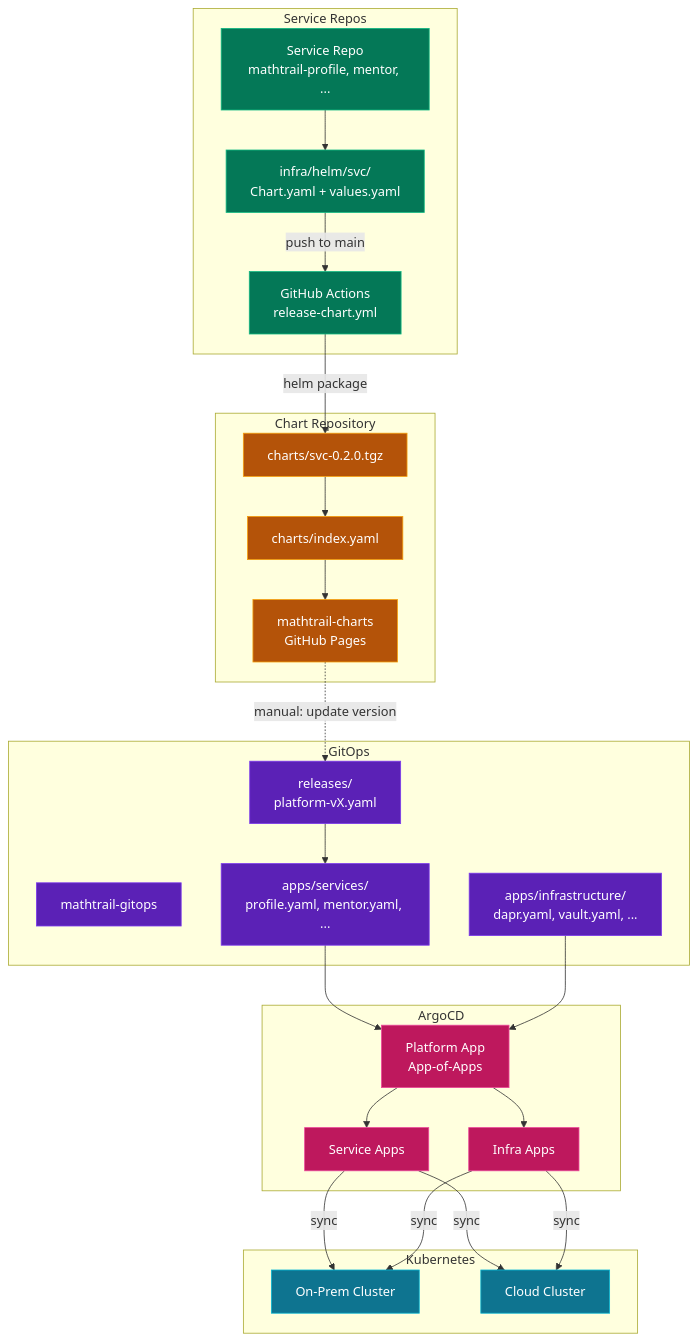
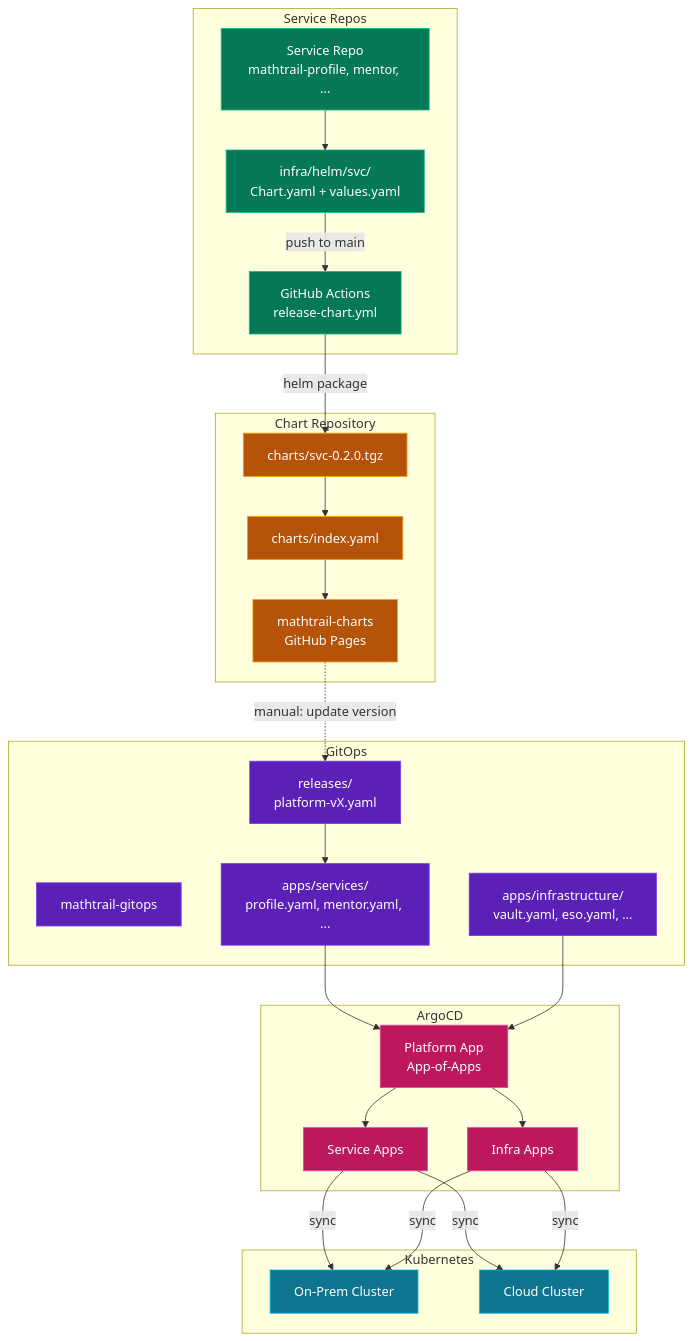
The first of 3 diagrams in docs/architecture/deployment.md (MathTrail/core), drawn with Mermaid before and after one commit. The commit also changed other lines of this file and 10 other files, not shown here.

````diff
--- a/docs/architecture/deployment.md
+++ b/docs/architecture/deployment.md
@@ -5,62 +5,62 @@
 ```mermaid
 graph TD
     subgraph Service Repos
         SR[Service Repo<br/>mathtrail-profile, mentor, ...]
         SH[infra/helm/svc/<br/>Chart.yaml + values.yaml]
         CI[GitHub Actions<br/>release-chart.yml]
     end
 
     subgraph Chart Repository
         CR[mathtrail-charts<br/>GitHub Pages]
         IX[charts/index.yaml]
         TGZ[charts/svc-0.2.0.tgz]
     end
 
     subgraph GitOps
         GO[mathtrail-gitops]
         RL[releases/<br/>platform-vX.yaml]
         SA[apps/services/<br/>profile.yaml, mentor.yaml, ...]
-        IA[apps/infrastructure/<br/>dapr.yaml, vault.yaml, ...]
+        IA[apps/infrastructure/<br/>vault.yaml, eso.yaml, ...]
     end
 
     subgraph ArgoCD
         ROOT[Platform App<br/>App-of-Apps]
         SVC[Service Apps]
         INFRA[Infra Apps]
     end
 
     subgraph Kubernetes
         K8S_OP[On-Prem Cluster]
         K8S_CL[Cloud Cluster]
     end
 
     SR --> SH
     SH -->|push to main| CI
     CI -->|helm package| TGZ
     TGZ --> IX
     IX --> CR
 
     CR -.->|manual: update version| RL
     RL --> SA
     SA --> ROOT
     IA --> ROOT
 
     ROOT --> SVC
     ROOT --> INFRA
     SVC -->|sync| K8S_OP
     SVC -->|sync| K8S_CL
     INFRA -->|sync| K8S_OP
     INFRA -->|sync| K8S_CL
 
     classDef repo fill:#047857,stroke:#10b981,color:#fff
     classDef chart fill:#b45309,stroke:#f59e0b,color:#fff
     classDef gitops fill:#5b21b6,stroke:#7c3aed,color:#fff
     classDef argo fill:#be185d,stroke:#ec4899,color:#fff
     classDef k8s fill:#0e7490,stroke:#06b6d4,color:#fff
 
     class SR,SH,CI repo
     class CR,IX,TGZ chart
     class GO,RL,SA,IA gitops
     class ROOT,SVC,INFRA argo
     class K8S_OP,K8S_CL k8s
 ```
````
